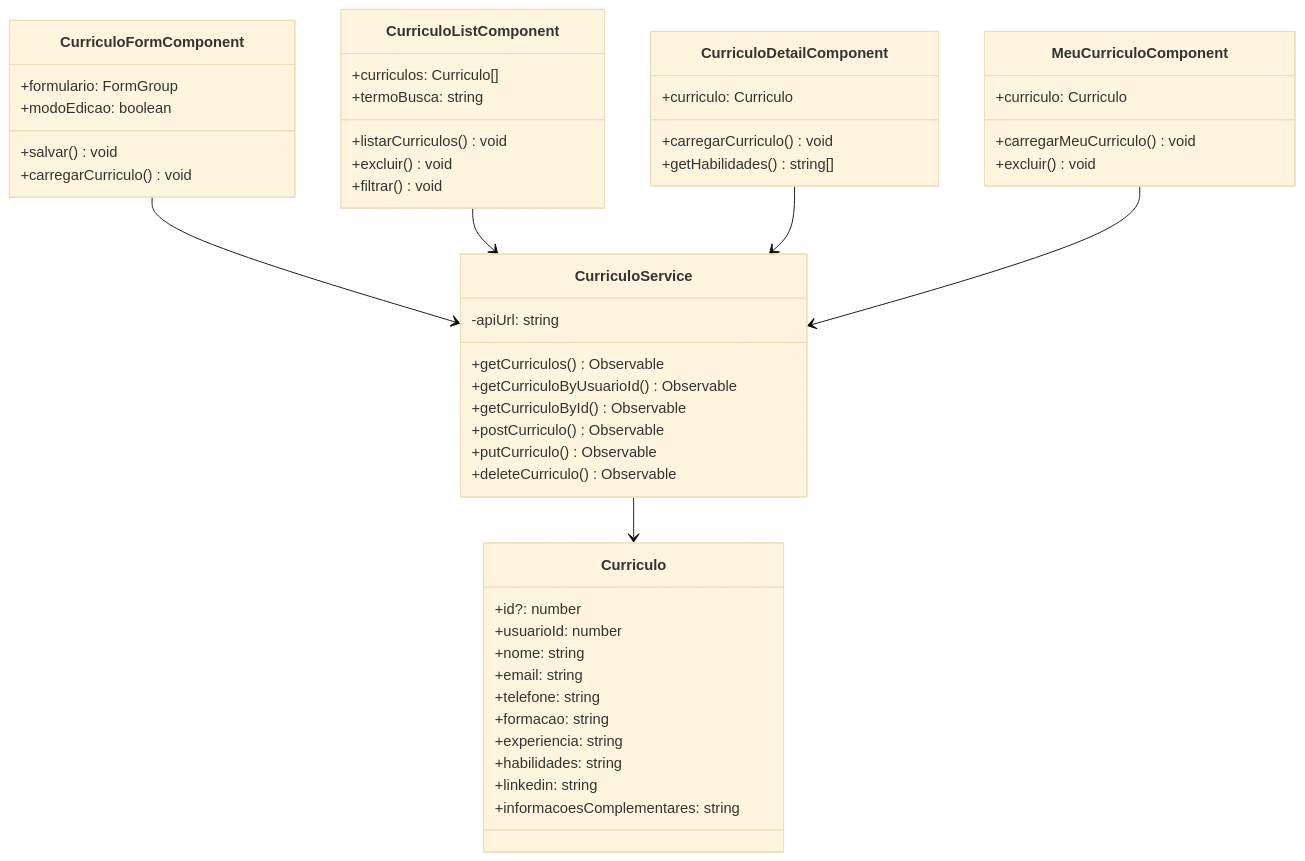
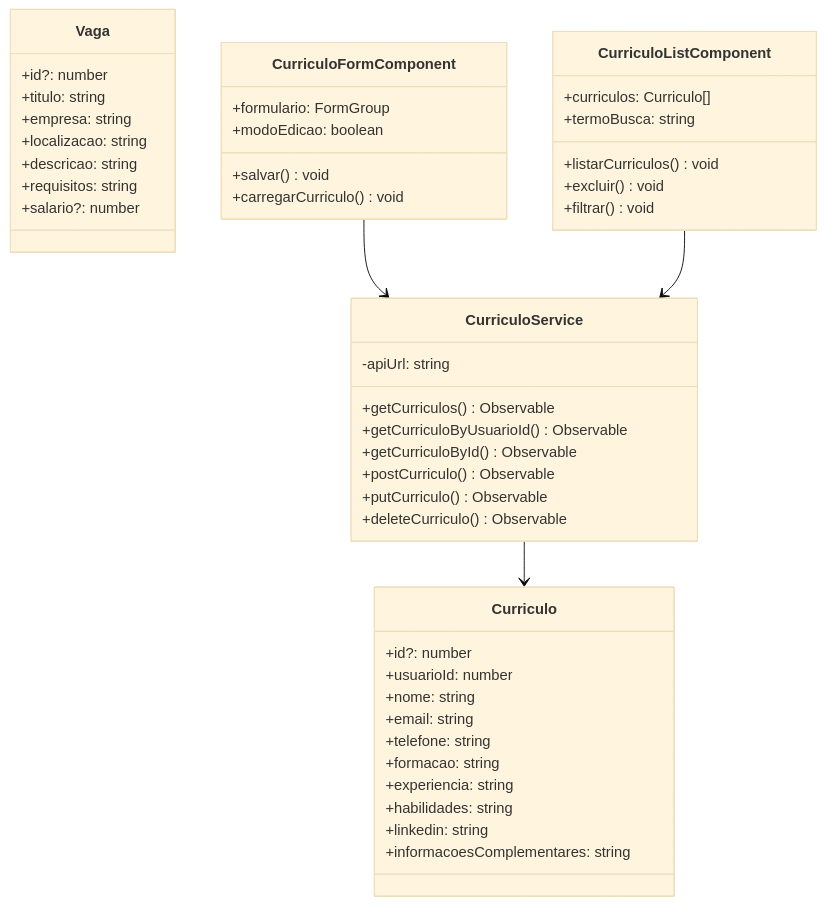
Before and after one commit to Hope0013/Projeto_RH: the second of 3 diagrams in README.md, drawn with Mermaid (base theme). The commit also changed other lines of this file, not shown here.

````diff
--- a/README.md
+++ b/README.md
@@ -249,61 +185,56 @@
 ```mermaid
 classDiagram
 
 class Curriculo {
   +id?: number
   +usuarioId: number
   +nome: string
   +email: string
   +telefone: string
   +formacao: string
   +experiencia: string
   +habilidades: string
   +linkedin: string
   +informacoesComplementares: string
+}
+
+class Vaga {
+  +id?: number
+  +titulo: string
+  +empresa: string
+  +localizacao: string
+  +descricao: string
+  +requisitos: string
+  +salario?: number
 }
 
 class CurriculoService {
   -apiUrl: string
   +getCurriculos() Observable
   +getCurriculoByUsuarioId() Observable
   +getCurriculoById() Observable
   +postCurriculo() Observable
   +putCurriculo() Observable
   +deleteCurriculo() Observable
 }
 
 class CurriculoFormComponent {
   +formulario: FormGroup
   +modoEdicao: boolean
   +salvar() void
   +carregarCurriculo() void
 }
 
 class CurriculoListComponent {
   +curriculos: Curriculo[]
   +termoBusca: string
   +listarCurriculos() void
   +excluir() void
   +filtrar() void
 }
 
-class CurriculoDetailComponent {
-  +curriculo: Curriculo
-  +carregarCurriculo() void
-  +getHabilidades() string[]
-}
-
-class MeuCurriculoComponent {
-  +curriculo: Curriculo
-  +carregarMeuCurriculo() void
-  +excluir() void
-}
-
 CurriculoFormComponent --> CurriculoService
 CurriculoListComponent --> CurriculoService
-CurriculoDetailComponent --> CurriculoService
-MeuCurriculoComponent --> CurriculoService
-
 CurriculoService --> Curriculo
 
 ```
````
